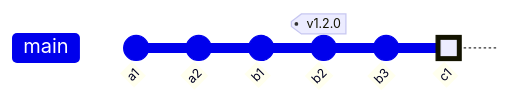
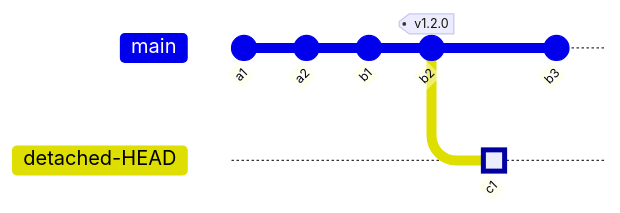
The diagram in modules/ROOT/pages/git-and-github/checkout-switch-and-restore.adoc (albertoirurueta/docs), drawn with Mermaid before and after one commit. The commit also changed other lines of this file and 11 other files, not shown here.

```diff
--- a/modules/ROOT/pages/git-and-github/checkout-switch-and-restore.adoc
+++ b/modules/ROOT/pages/git-and-github/checkout-switch-and-restore.adoc
@@ -79,10 +78,12 @@
 [mermaid]
 ....
 gitGraph
   commit id: "a1"
   commit id: "a2"
   commit id: "b1"
   commit id: "b2" tag: "v1.2.0"
+  branch detached-HEAD
+  commit id: "c1" type: HIGHLIGHT
+  checkout main
   commit id: "b3"
-  commit id: "c1" type: HIGHLIGHT
 ....
```
